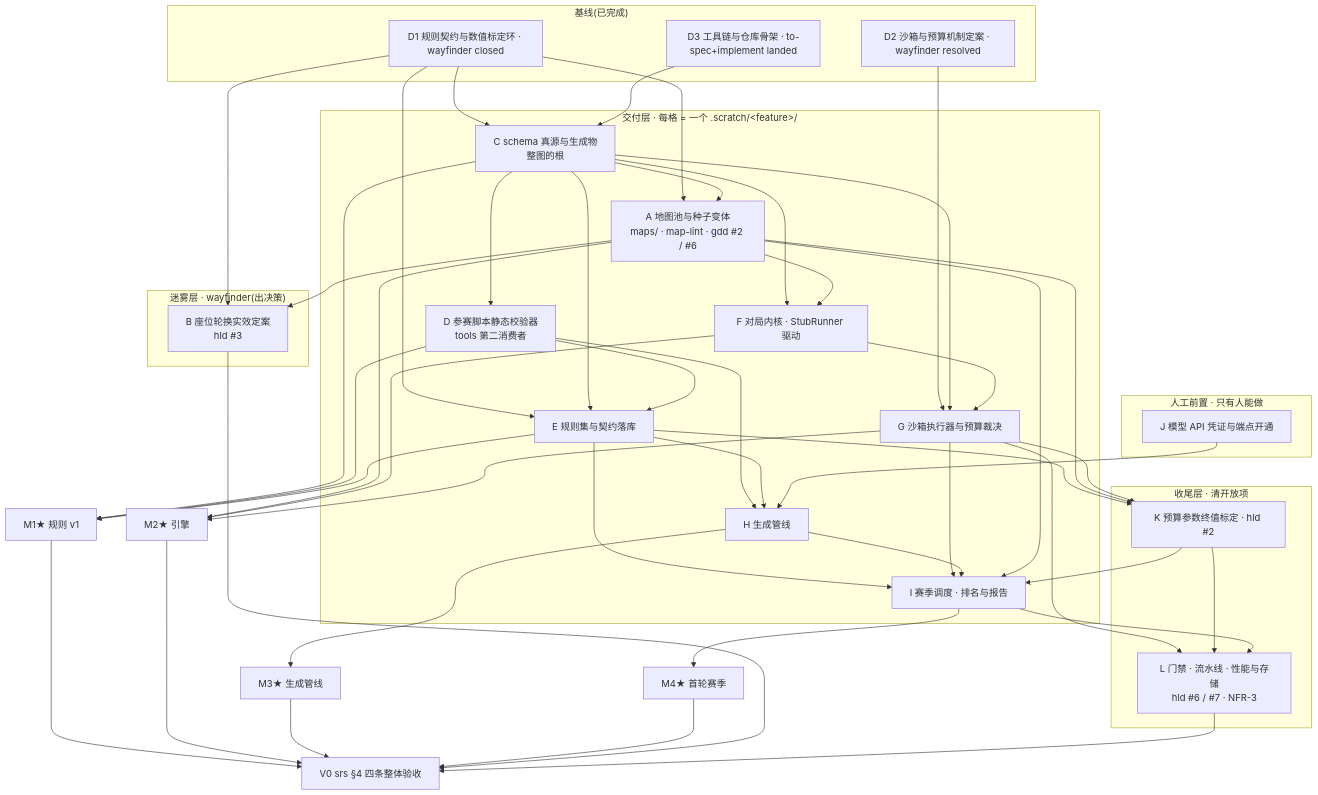
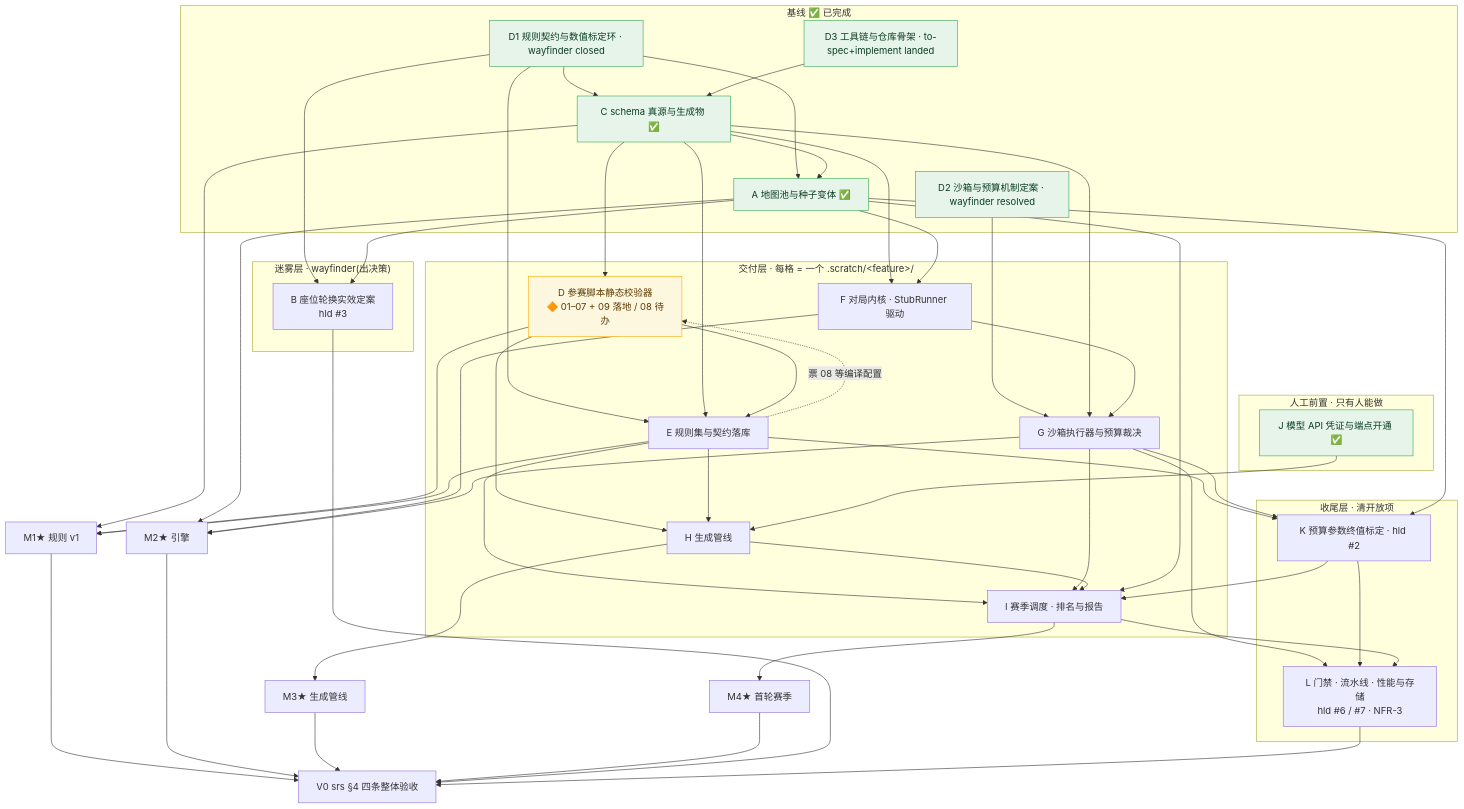
One commit to orionpax1997/model-war changed the diagram in docs/diagrams/v0-milestone-dag.md. Above: the diagram before and after it, drawn with Mermaid. The commit also changed other lines of this file and 4 other files, not shown here.

````diff
--- a/docs/diagrams/v0-milestone-dag.md
+++ b/docs/diagrams/v0-milestone-dag.md
@@ -41,9 +46,11 @@
 ```mermaid
 flowchart TB
-  subgraph base["基线(已完成)"]
+  subgraph base["基线 ✅ 已完成"]
     D1["D1 规则契约与数值标定环 · wayfinder closed"]
     D2["D2 沙箱与预算机制定案 · wayfinder resolved"]
     D3["D3 工具链与仓库骨架 · to-spec+implement landed"]
+    C["C schema 真源与生成物 ✅"]
+    A["A 地图池与种子变体 ✅"]
   end
 
   subgraph fog["迷雾层 · wayfinder(出决策)"]
@@ -51,13 +58,11 @@
   end
 
   subgraph human["人工前置 · 只有人能做"]
-    J["J 模型 API 凭证与端点开通"]
+    J["J 模型 API 凭证与端点开通 ✅"]
   end
 
   subgraph build["交付层 · 每格 = 一个 .scratch/&lt;feature&gt;/"]
-    C["C schema 真源与生成物<br/>整图的根"]
-    A["A 地图池与种子变体<br/>maps/ · map-lint · gdd #2 / #6"]
-    D["D 参赛脚本静态校验器<br/>tools 第二消费者"]
+    D["D 参赛脚本静态校验器<br/>🔶 01–07 + 09 落地 / 08 待办"]
     E["E 规则集与契约落库"]
     F["F 对局内核 · StubRunner 驱动"]
     G["G 沙箱执行器与预算裁决"]
@@ -86,6 +91,7 @@
   C --> E
   C --> F
   D --> E
+  E -.->|"票 08 等编译配置"| D
   A --> F
   D --> H
   E --> H
@@ -120,4 +126,9 @@
   M4 --> V0
   B --> V0
   L --> V0
+
+  classDef done fill:#e6f4ea,stroke:#34a853,color:#0b3d20
+  classDef doing fill:#fef7e0,stroke:#f9ab00,color:#5c3b00
+  class D1,D2,D3,C,A,J done
+  class D doing
 ```
````
